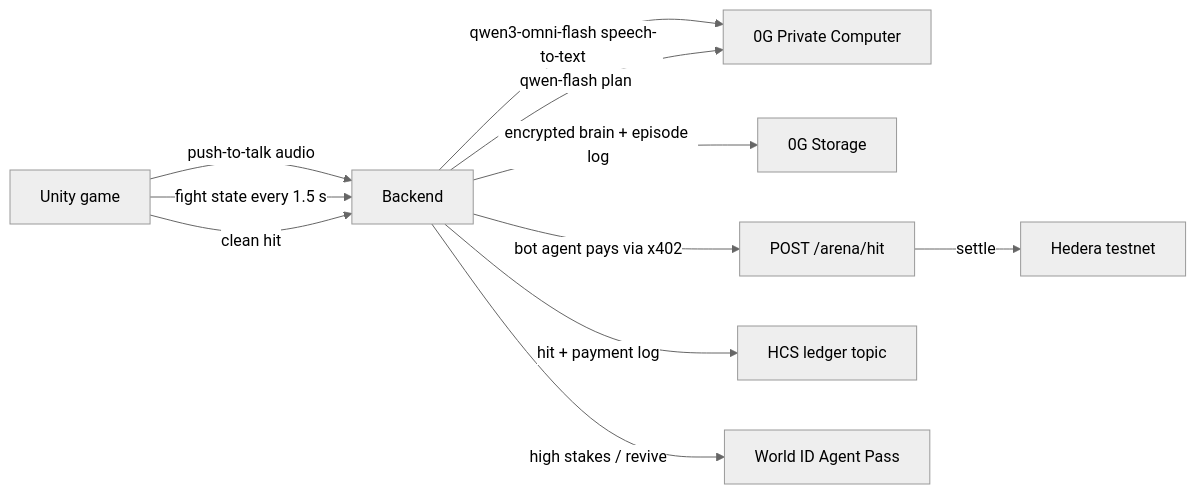
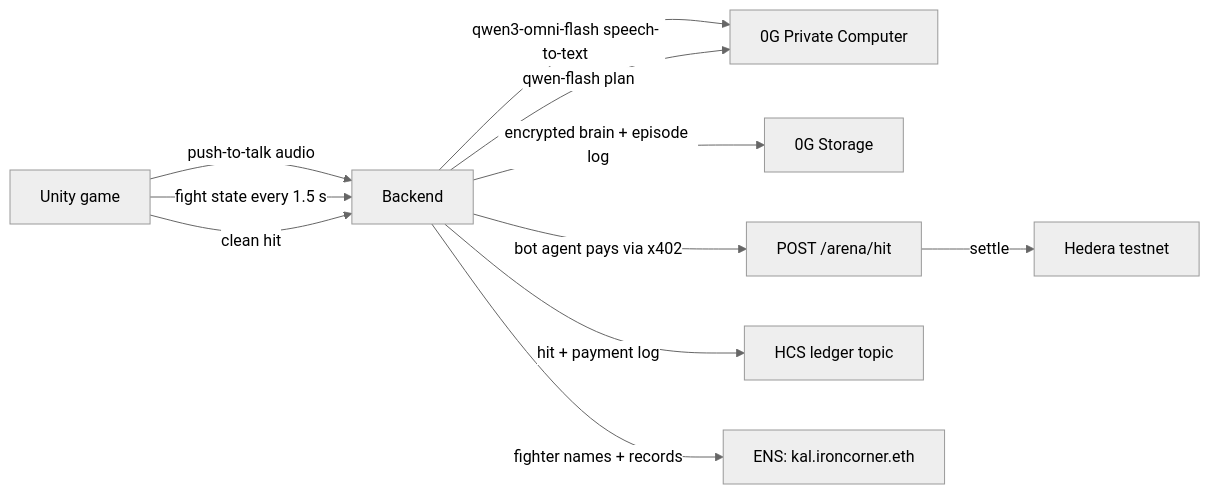
One commit to kalashshah/iron-corner changed the diagram in README.md. Above: the diagram before and after it, drawn with Mermaid (neutral theme). The commit also changed other lines of this file and 1 other file, not shown here.

First line of the commit message:
README: ENS names, x402 scouting, HTS belt; World ID removed

````diff
--- a/README.md
+++ b/README.md
@@ -13,13 +13,13 @@
 ```mermaid
 flowchart LR
   U[Unity game] -- push-to-talk audio --> B[Backend]
   U -- fight state every 1.5 s --> B
   B -- qwen3-omni-flash speech-to-text --> Z[0G Private Computer]
   B -- qwen-flash plan --> Z
   B -- encrypted brain + episode log --> S[0G Storage]
   U -- clean hit --> B
   B -- bot agent pays via x402 --> X[POST /arena/hit]
   X -- settle --> H[Hedera testnet]
   B -- hit + payment log --> L[HCS ledger topic]
-  B -- high stakes / revive --> W[World ID Agent Pass]
+  B -- fighter names + records --> E[ENS: kal.ironcorner.eth]
 ```
````
